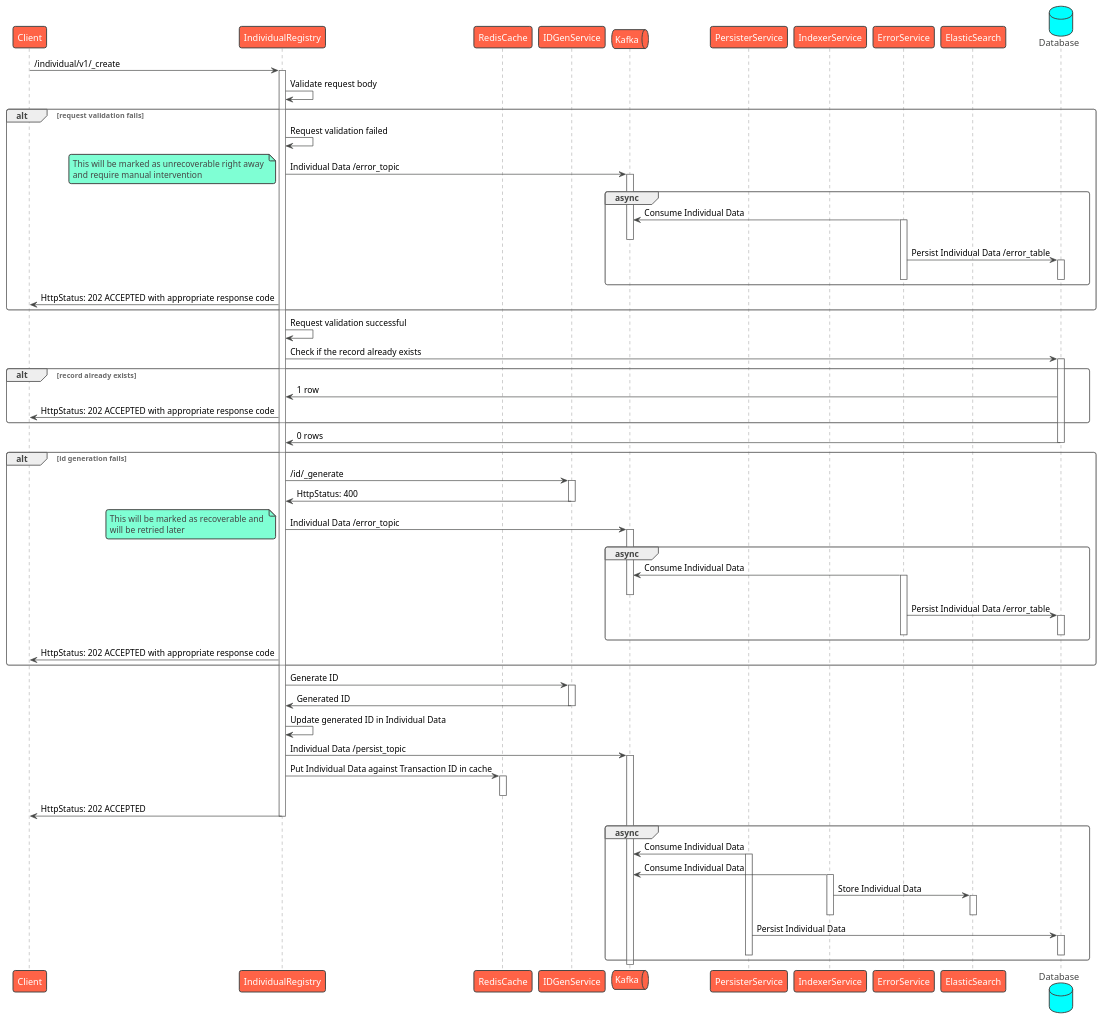
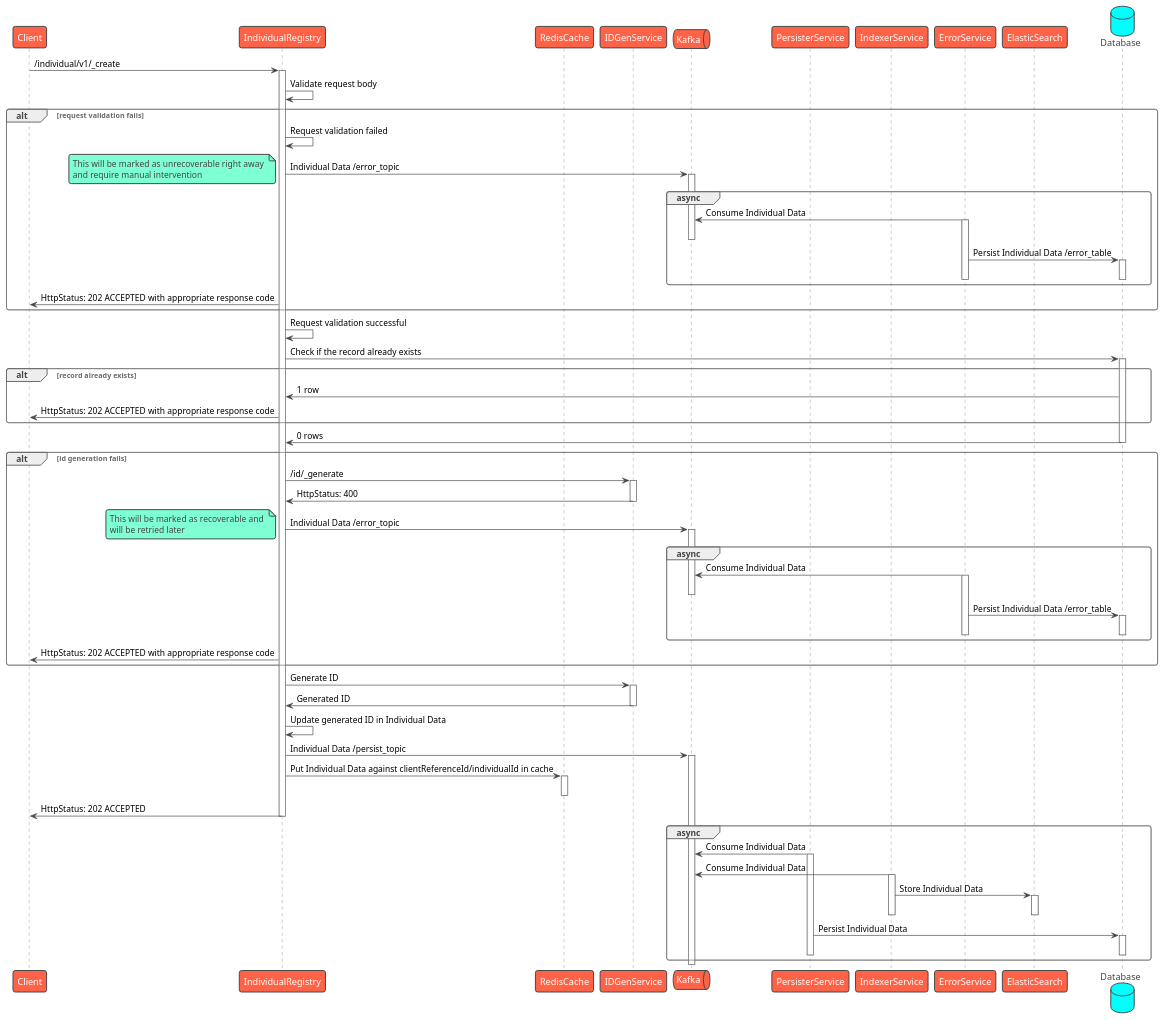
One commit to egovernments/health-api-specs changed the diagram in contracts/registries/individual/sequence/create.puml. Above: the diagram before and after it, drawn with PlantUML. The commit also changed 5 other files, not shown here.

Commit message:
Sequence: Replaced txnId with clientReferenceId

```diff
--- a/contracts/registries/individual/sequence/create.puml
+++ b/contracts/registries/individual/sequence/create.puml
@@ -1,93 +1,93 @@
 @startuml Individual Registry - Create
 !theme vibrant
 participant Client as c
 participant IndividualRegistry as ir
 participant RedisCache as rc
 participant IDGenService as idgen
 queue Kafka as k
 participant PersisterService as prs
 participant IndexerService as idx
 participant ErrorService as es
 participant ElasticSearch as el
 database Database as db
 c -> ir : /individual/v1/_create
 activate ir
 ir -> ir: Validate request body
 alt request validation fails
     ir -> ir: Request validation failed
     ir -> k: Individual Data /error_topic
     note left
         This will be marked as unrecoverable right away 
         and require manual intervention
     end note
     activate k
     group async
         es -> k: Consume Individual Data
         activate es
         deactivate k
         es -> db: Persist Individual Data /error_table
         activate db
         deactivate db
         deactivate es
     end
     ir -> c: HttpStatus: 202 ACCEPTED with appropriate response code
 end
 ir -> ir: Request validation successful
 ir -> db: Check if the record already exists
 alt record already exists
     activate db
     db -> ir: 1 row
     ir -> c: HttpStatus: 202 ACCEPTED with appropriate response code
 end
 db -> ir: 0 rows
 deactivate db
 alt id generation fails
     ir -> idgen: /id/_generate
     activate idgen
     idgen -> ir: HttpStatus: 400
     deactivate idgen
     ir -> k: Individual Data /error_topic
     note left
         This will be marked as recoverable and 
         will be retried later
     end note
     activate k
     group async
         es -> k: Consume Individual Data
         activate es
         deactivate k
         es -> db: Persist Individual Data /error_table
         activate db
         deactivate db
         deactivate es
     end
     ir -> c: HttpStatus: 202 ACCEPTED with appropriate response code
 end
 ir -> idgen: Generate ID
 activate idgen
 idgen -> ir: Generated ID
 deactivate idgen
 ir -> ir: Update generated ID in Individual Data
 ir -> k: Individual Data /persist_topic
 activate k
-ir -> rc: Put Individual Data against Transaction ID in cache
+ir -> rc: Put Individual Data against clientReferenceId/individualId in cache
 activate rc
 deactivate rc
 ir -> c: HttpStatus: 202 ACCEPTED
 deactivate ir
 group async
     prs -> k: Consume Individual Data
     activate prs
     idx -> k: Consume Individual Data
     activate idx
     idx -> el: Store Individual Data
     activate el
     deactivate el
     deactivate idx
     prs -> db: Persist Individual Data
     activate db
     deactivate db
     deactivate prs
 end
 deactivate k
 @enduml
```
